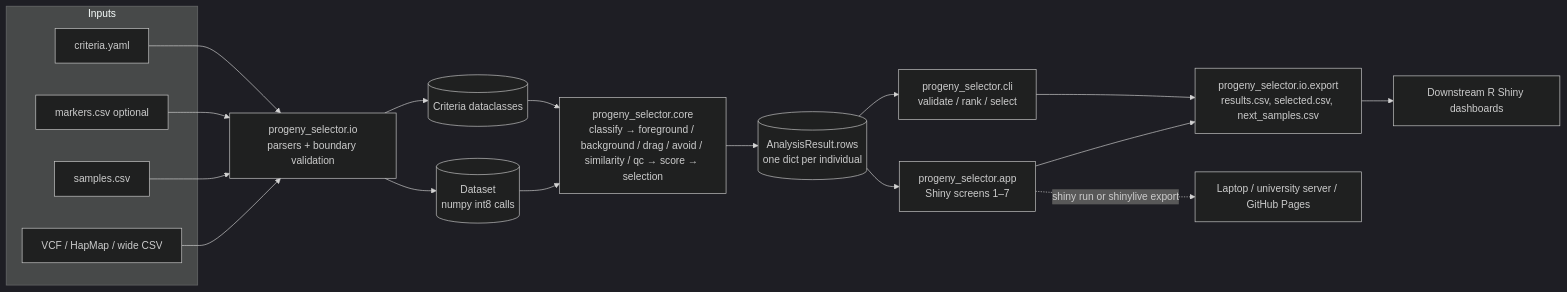
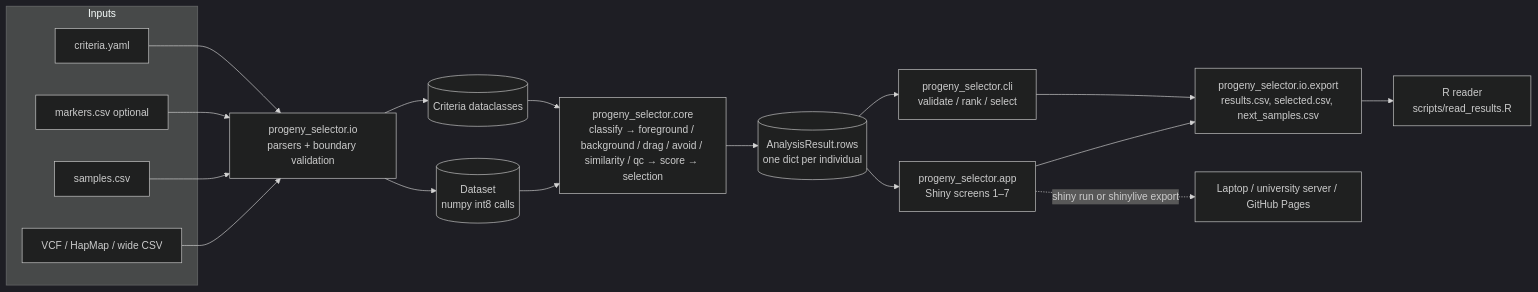
One commit to piercetaylor/progeny-selector changed the diagram in PLAN.md. Above: the diagram before and after it, drawn with Mermaid (dark theme). The commit also changed other lines of this file, not shown here.

````diff
--- a/PLAN.md
+++ b/PLAN.md
@@ -27,24 +27,24 @@
 ```mermaid
 flowchart LR
   subgraph Inputs
     G[VCF / HapMap / wide CSV]
     S[samples.csv]
     M[markers.csv optional]
     C[criteria.yaml]
   end
   G --> IO[progeny_selector.io<br/>parsers + boundary validation]
   S --> IO
   M --> IO
   C --> IO
   IO --> DS[(Dataset<br/>numpy int8 calls)]
   IO --> CR[(Criteria dataclasses)]
   DS --> CORE[progeny_selector.core<br/>classify → foreground / background / drag / avoid / similarity / qc → score → selection]
   CR --> CORE
   CORE --> ROWS[(AnalysisResult.rows<br/>one dict per individual)]
   ROWS --> APP[progeny_selector.app<br/>Shiny screens 1–7]
   ROWS --> CLI[progeny_selector.cli<br/>validate / rank / select]
   APP --> EXP[progeny_selector.io.export<br/>results.csv, selected.csv, next_samples.csv]
   CLI --> EXP
-  EXP --> SHINY[Downstream R Shiny dashboards]
+  EXP --> R[R reader<br/>scripts/read_results.R]
   APP -. shiny run or shinylive export .-> HOST[Laptop / university server / GitHub Pages]
 ```
````
